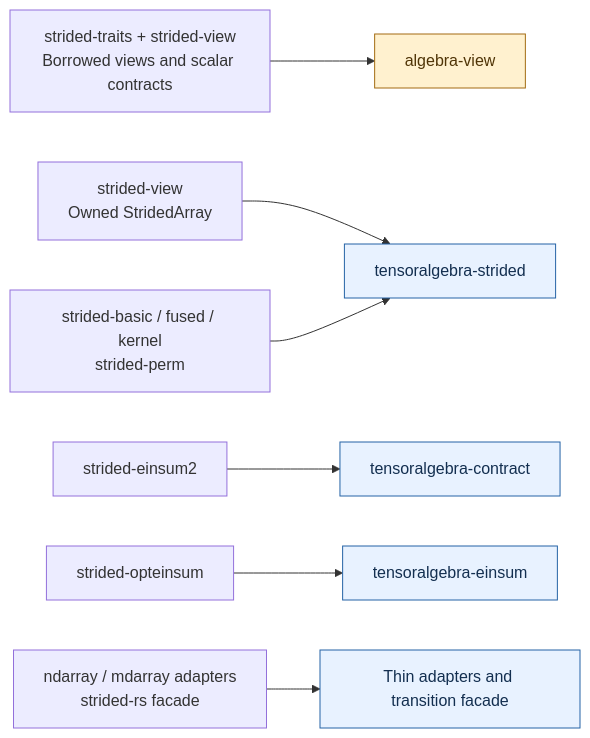
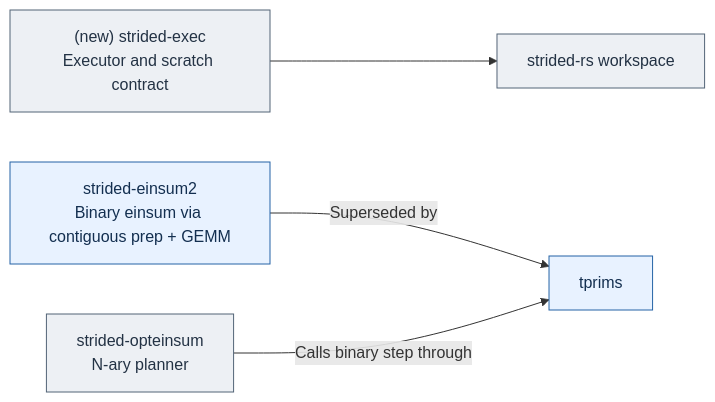
Before and after one commit to shinaoka/tensoralgebra-rs: the fourth of 4 diagrams in README.md, drawn with Mermaid. The commit also changed other lines of this file and 3 other files, not shown here.

First line of the commit message:
Restructure into strided-rs / matalg-rs / tprims-rs layers

````diff
--- a/README.md
+++ b/README.md
@@ -147,13 +160,10 @@
 ```mermaid
 flowchart LR
-    V["strided-traits + strided-view<br/>Borrowed views and scalar contracts"] --> AV["algebra-view"]
-    A["strided-view<br/>Owned StridedArray"] --> TS["tensoralgebra-strided"]
-    B["strided-basic / fused / kernel<br/>strided-perm"] --> TS
-    C["strided-einsum2"] --> TC["tensoralgebra-contract"]
-    E["strided-opteinsum"] --> TE["tensoralgebra-einsum"]
-    D["ndarray / mdarray adapters<br/>strided-rs facade"] --> AD["Thin adapters and transition facade"]
-    classDef shared fill:#fff1cf,stroke:#a36b12,color:#503507
+    N["(new) strided-exec<br/>Executor and scratch contract"] --> S["strided-rs workspace"]
+    E["strided-einsum2<br/>Binary einsum via contiguous prep + GEMM"] -->|"Superseded by"| TP["tprims"]
+    O["strided-opteinsum<br/>N-ary planner"] -->|"Calls binary step through"| TP
+    classDef shared fill:#edf0f4,stroke:#536477,color:#233244
     classDef tensor fill:#e8f2ff,stroke:#2563a6,color:#132f50
-    class AV shared
-    class TS,TC,TE,AD tensor
+    class N,S,O shared
+    class E,TP tensor
 ```
````
